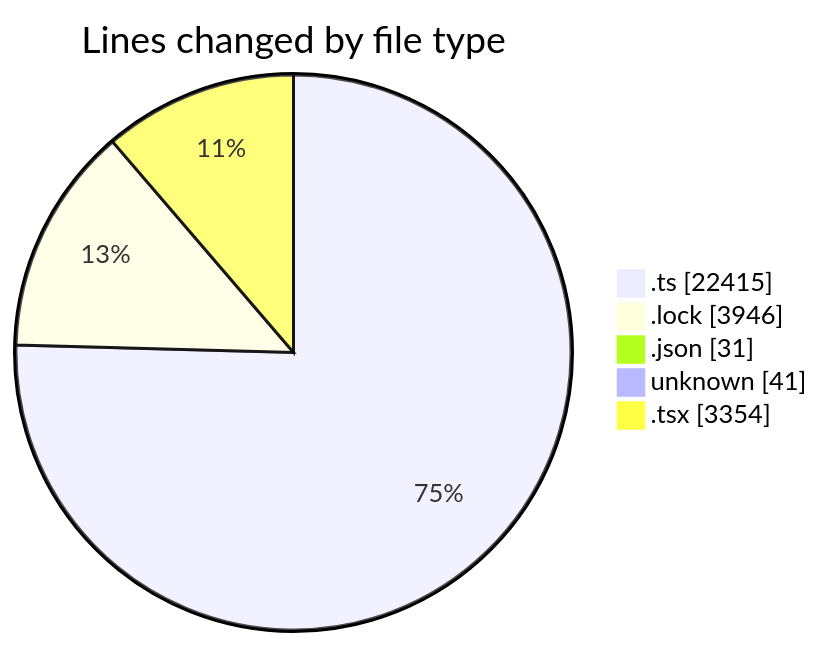
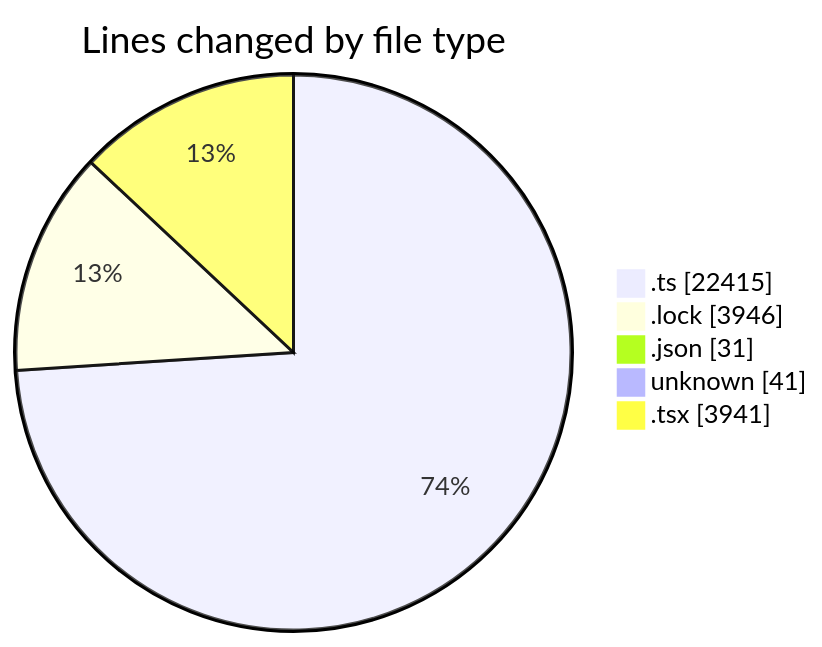
The first of 2 diagrams in 2025-08-19/cda/README.md (momahboobian/code-tracking), drawn with Mermaid before and after one commit. The commit also changed other lines of this file and 1 other file, not shown here.

````diff
--- a/2025-08-19/cda/README.md
+++ b/2025-08-19/cda/README.md
@@ -47,9 +48,9 @@
 ```mermaid
 pie showData
 title Lines changed by file type
 ".ts" : 22415
 ".lock" : 3946
 ".json" : 31
 "unknown" : 41
-".tsx" : 3354
+".tsx" : 3941
 ```
````
